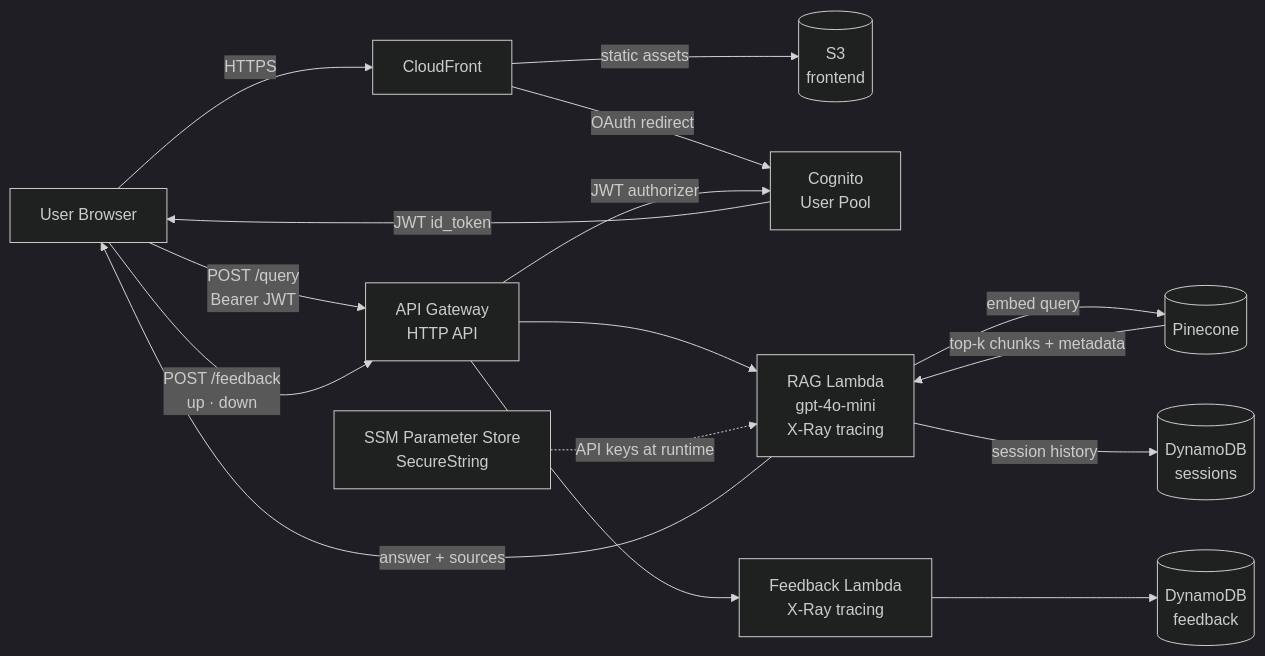
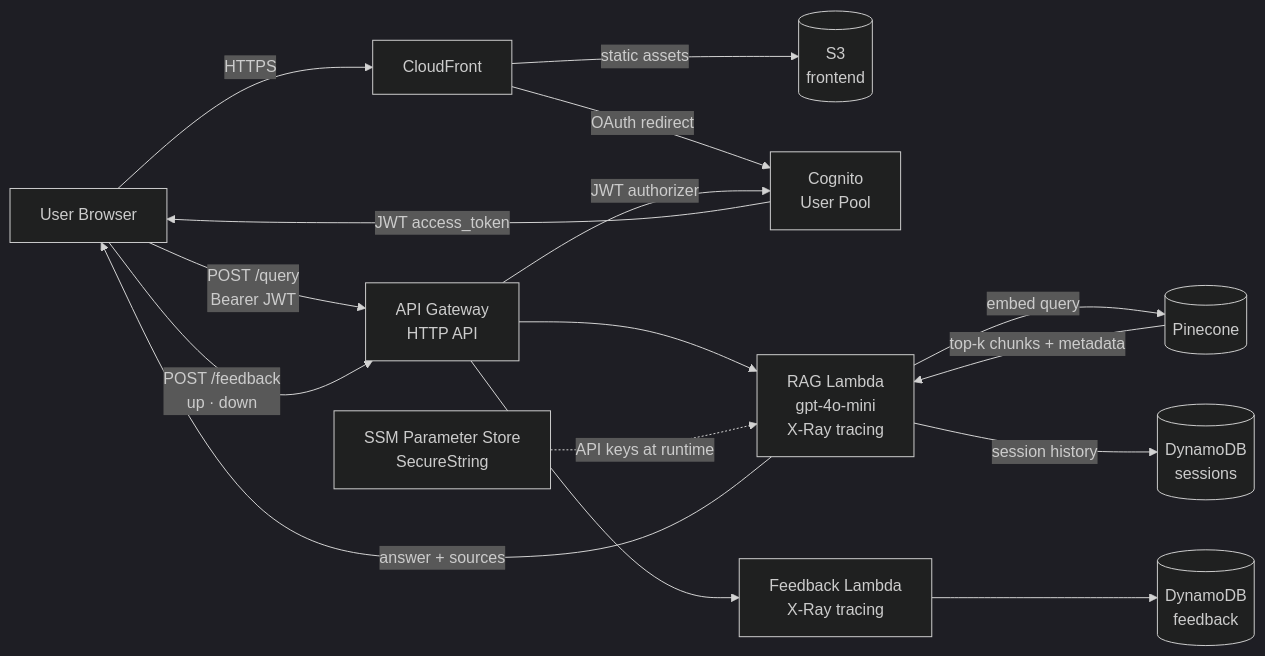
Before and after one commit to sarneet-singh/aws-rag-chatbot: the second of 2 diagrams in README.md, drawn with Mermaid (dark theme). The commit also changed other lines of this file and 10 other files, not shown here.

````diff
--- a/README.md
+++ b/README.md
@@ -34,21 +34,21 @@
 ```mermaid
 flowchart LR
     U[User Browser] -->|HTTPS| CF[CloudFront]
     CF -->|static assets| S3F[(S3\nfrontend)]
     CF -->|OAuth redirect| COG[Cognito\nUser Pool]
-    COG -->|JWT id_token| U
+    COG -->|JWT access_token| U
 
     U -->|POST /query\nBearer JWT| APIGW[API Gateway\nHTTP API]
     APIGW -->|JWT authorizer| COG
     APIGW --> RAG[RAG Lambda\ngpt-4o-mini\nX-Ray tracing]
     RAG -->|embed query| PC[(Pinecone)]
     PC -->|top-k chunks + metadata| RAG
     RAG -->|session history| DDB[(DynamoDB\nsessions)]
     RAG -->|answer + sources| U
 
     U -->|POST /feedback\nup · down| APIGW
     APIGW --> FB[Feedback Lambda\nX-Ray tracing]
     FB --> DDB2[(DynamoDB\nfeedback)]
 
     SSM[SSM Parameter Store\nSecureString] -.->|API keys at runtime| RAG
 ```
````
